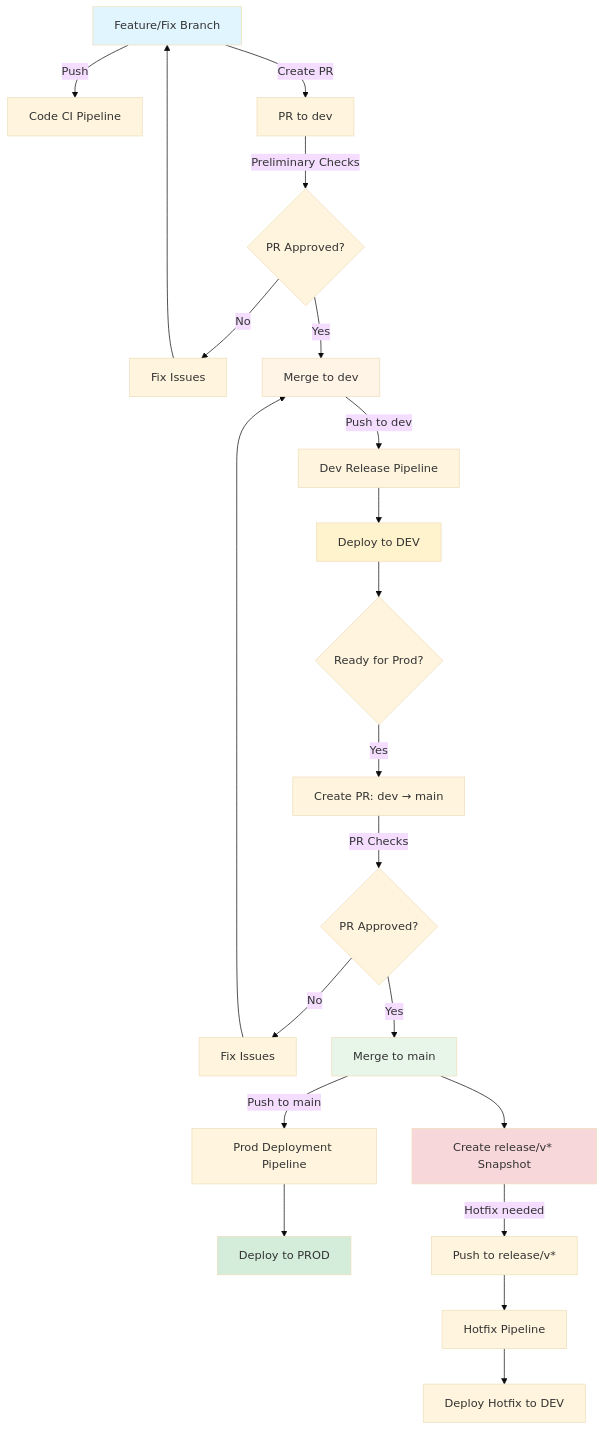
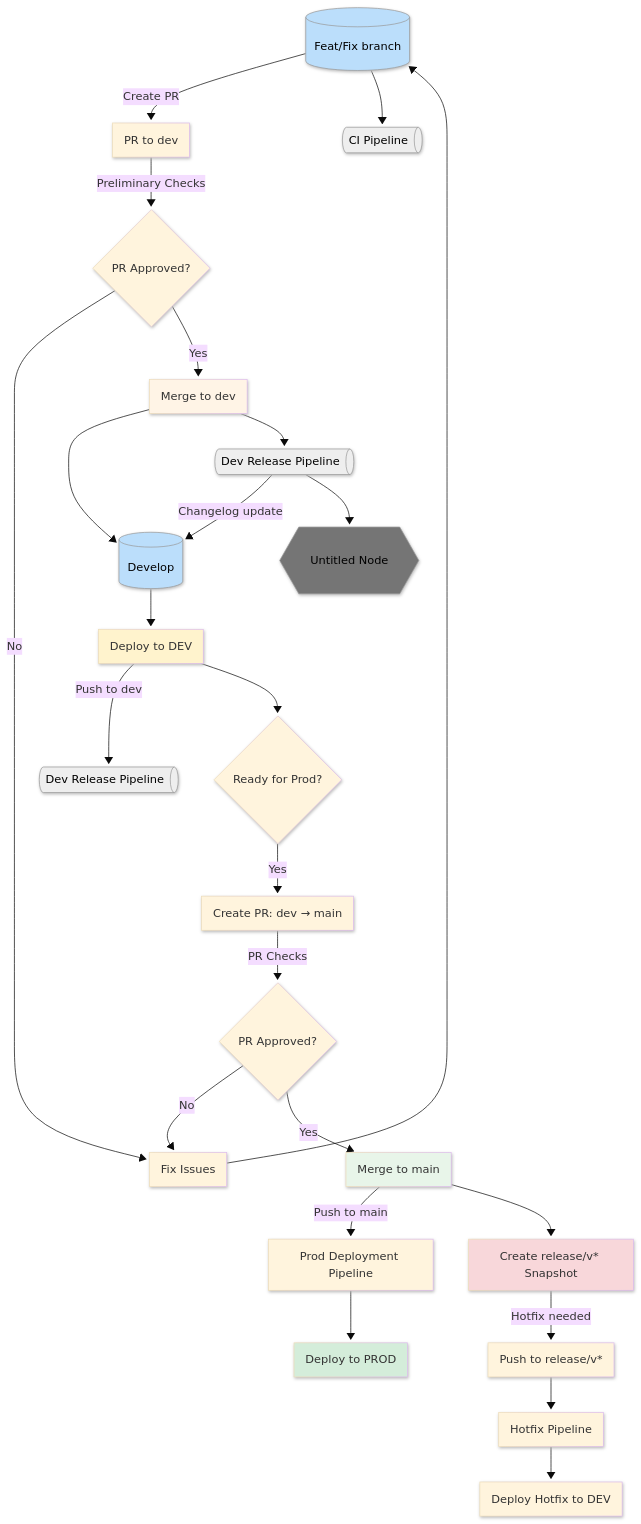
Before and after one commit to krvns/github-release-automation: the first of 12 diagrams in CI-CD-RELEASE-PROCESS.md, drawn with Mermaid (base theme).

Commit message:
wip cicd pipeline chart mermaid

````diff
--- a/CI-CD-RELEASE-PROCESS.md
+++ b/CI-CD-RELEASE-PROCESS.md
@@ -37,30 +37,51 @@
 ```mermaid
-flowchart TD
-    A[Feature/Fix Branch] -->|Push| B[Code CI Pipeline]
-    A -->|Create PR| C[PR to dev]
-    C -->|Preliminary Checks| D{PR Approved?}
-    D -->|No| E[Fix Issues]
+---
+config:
+  look: neo
+---
+flowchart TB
+    A["Feat/Fix branch"] -- Create PR --> C["PR to dev"]
+    C -- Preliminary Checks --> D{"PR Approved?"}
+    D -- No --> E["Fix Issues"]
     E --> A
-    D -->|Yes| F[Merge to dev]
-    F -->|Push to dev| G[Dev Release Pipeline]
-    G --> H[Deploy to DEV]
-    H --> I{Ready for Prod?}
-    I -->|Yes| J[Create PR: dev → main]
-    J -->|PR Checks| K{PR Approved?}
-    K -->|No| L[Fix Issues]
-    L --> F
-    K -->|Yes| M[Merge to main]
-    M -->|Push to main| N[Prod Deployment Pipeline]
-    N --> O[Deploy to PROD]
-    M --> P[Create release/v* Snapshot]
-    P -->|Hotfix needed| Q[Push to release/v*]
-    Q --> R[Hotfix Pipeline]
-    R --> S[Deploy Hotfix to DEV]
-    
-    style A fill:#e1f5ff
+    D -- Yes --> F["Merge to dev"]
+    H["Deploy to DEV"] -- Push to dev --> G["Dev Release Pipeline"]
+    H --> I{"Ready for Prod?"}
+    I -- Yes --> J["Create PR: dev → main"]
+    J -- PR Checks --> K{"PR Approved?"}
+    K -- No --> E
+    K -- Yes --> M["Merge to main"]
+    M -- Push to main --> N["Prod Deployment Pipeline"]
+    N --> O["Deploy to PROD"]
+    M --> P["Create release/v* Snapshot"]
+    P -- Hotfix needed --> Q["Push to release/v*"]
+    Q --> R["Hotfix Pipeline"]
+    R --> S["Deploy Hotfix to DEV"]
+    F --> n1["Develop"] & n2["Dev Release Pipeline"]
+    n1 --> H
+    A --> A1["CI Pipeline"]
+    n2 -- Changelog update --> n1
+    n2 --> n3["Untitled Node"]
+
+    A@{ shape: cyl}
+    G@{ shape: h-cyl}
+    n1@{ shape: cyl}
+    n2@{ shape: h-cyl}
+    A1@{ shape: h-cyl}
+    n3@{ shape: hex}
+     A:::Ash
+     G:::Ash
+     n1:::Ash
+     n2:::Ash
+     A1:::Ash
+     n3:::Ash
+    classDef Ash stroke-width:1px, stroke-dasharray:none, stroke:#999999, fill:#EEEEEE, color:#000000
+    style A fill:#BBDEFB
     style F fill:#fff4e6
+    style H fill:#fff3cd
     style M fill:#e8f5e9
-    style H fill:#fff3cd
     style O fill:#d4edda
     style P fill:#f8d7da
+    style n1 fill:#BBDEFB
+    style n3 fill:#757575
 ```
````
